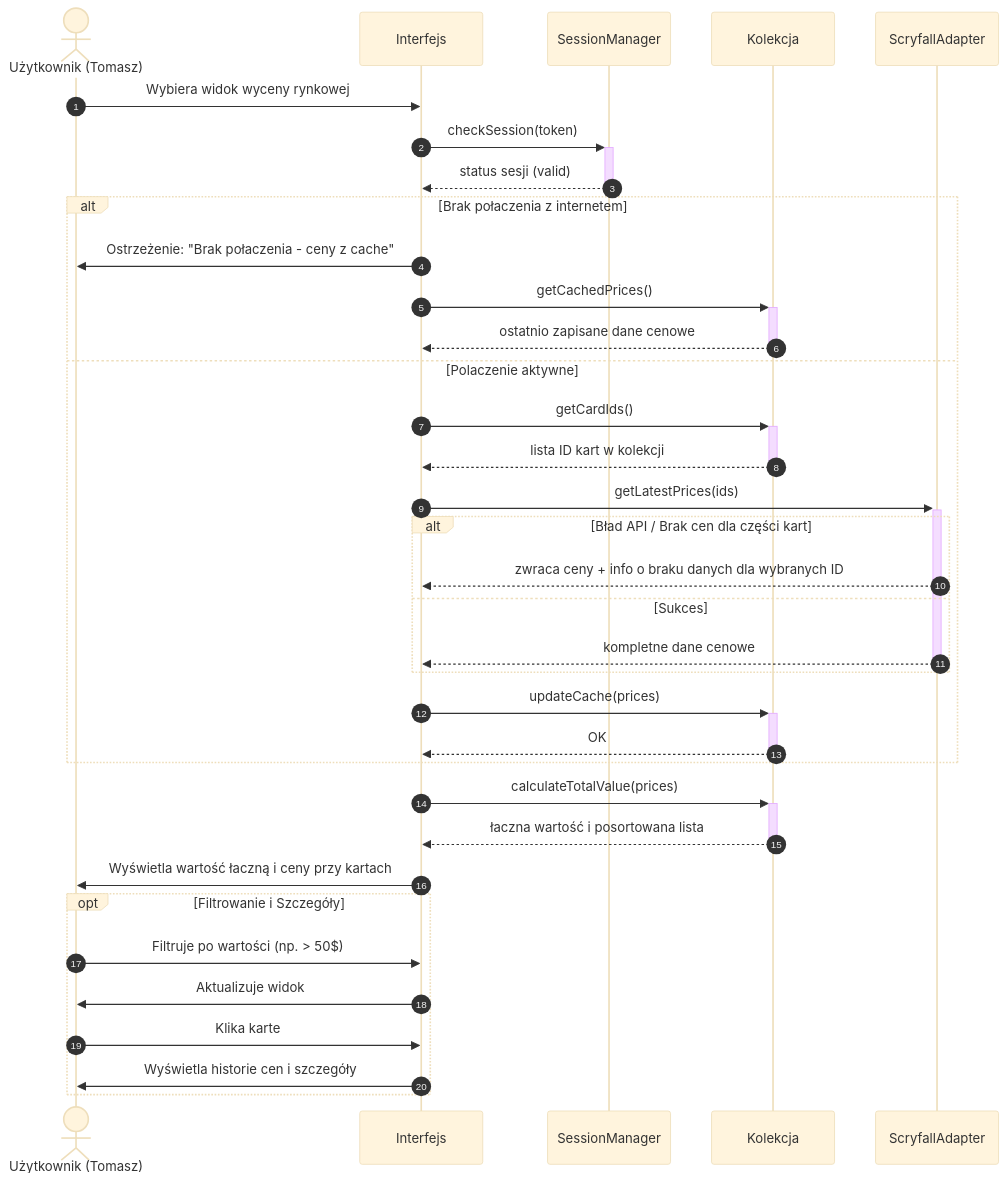
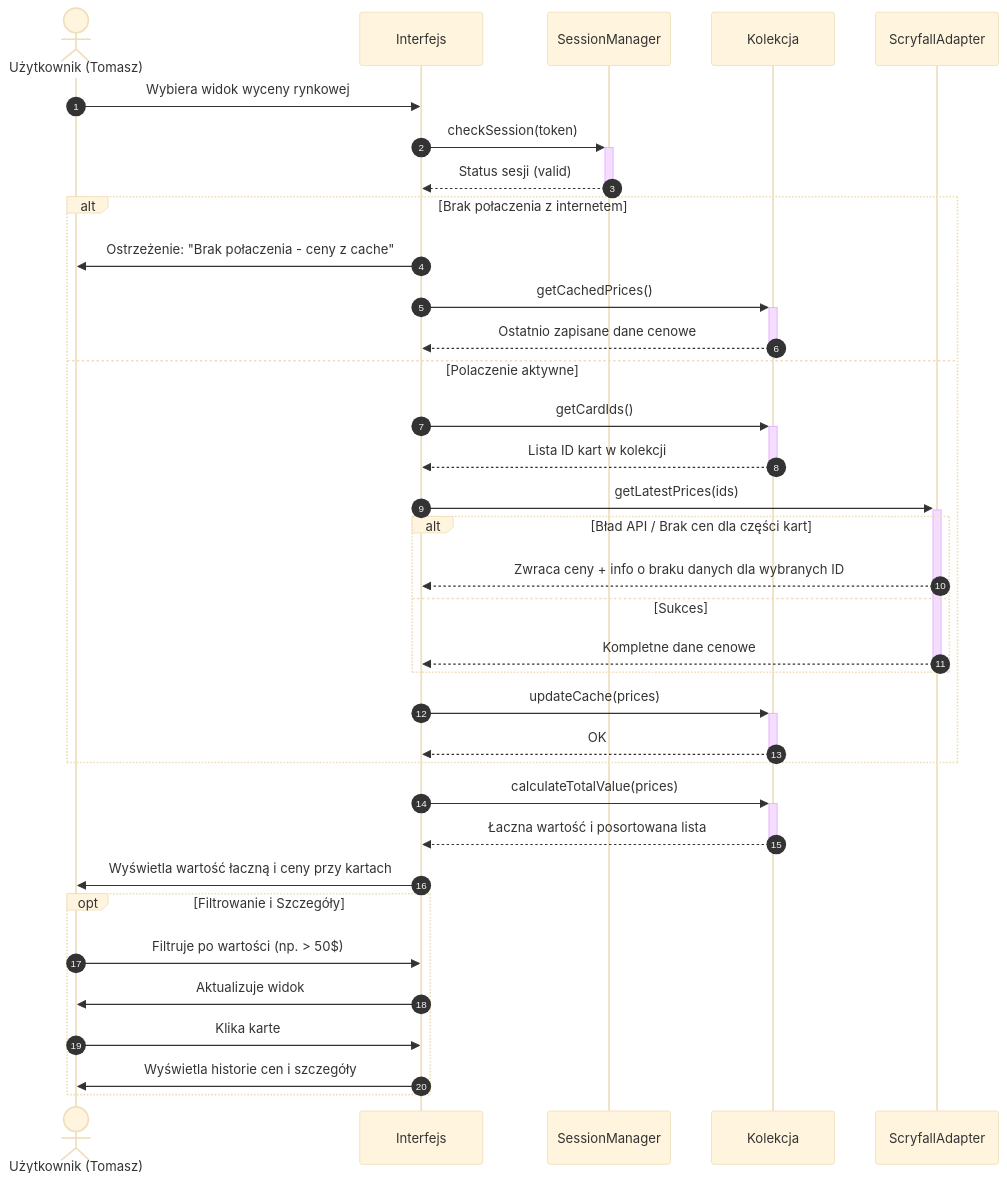
One commit to IO-2026-Pryncypalki/Grimoire_MTG changed the seventh of 7 diagrams in work_in_progress/diagramSekwencji.md. Above: the diagram before and after it, drawn with Mermaid (base theme). The commit also changed other lines of this file and 1 other file, not shown here.

Commit message:
Spójny_opis_sesji_oraz_todo

````diff
--- a/work_in_progress/diagramSekwencji.md
+++ b/work_in_progress/diagramSekwencji.md
@@ -298,46 +298,46 @@
 ```mermaid
 sequenceDiagram
     autonumber
     actor U as Użytkownik (Tomasz)
     participant UI as Interfejs
     participant SM as SessionManager
     participant COL as Kolekcja
     participant SA as ScryfallAdapter
 
     U->>UI: Wybiera widok wyceny rynkowej
 
     UI->>+SM: checkSession(token)
-    SM-->>-UI: status sesji (valid)
+    SM-->>-UI: Status sesji (valid)
 
     alt Brak połaczenia z internetem
         UI->>U: Ostrzeżenie: "Brak połaczenia - ceny z cache"
         UI->>+COL: getCachedPrices()
-        COL-->>-UI: ostatnio zapisane dane cenowe
+        COL-->>-UI: Ostatnio zapisane dane cenowe
     else Polaczenie aktywne
         UI->>+COL: getCardIds()
-        COL-->>-UI: lista ID kart w kolekcji
+        COL-->>-UI: Lista ID kart w kolekcji
 
         UI->>+SA: getLatestPrices(ids)
 
         alt Bład API / Brak cen dla części kart
-            SA-->>UI: zwraca ceny + info o braku danych dla wybranych ID
+            SA-->>UI: Zwraca ceny + info o braku danych dla wybranych ID
         else Sukces
-            SA-->>-UI: kompletne dane cenowe
+            SA-->>-UI: Kompletne dane cenowe
         end
 
         UI->>+COL: updateCache(prices)
         COL-->>-UI: OK
     end
 
     UI->>+COL: calculateTotalValue(prices)
-    COL-->>-UI: łaczna wartość i posortowana lista
+    COL-->>-UI: Łaczna wartość i posortowana lista
 
     UI->>U: Wyświetla wartość łaczną i ceny przy kartach
 
     opt Filtrowanie i Szczegóły
         U->>UI: Filtruje po wartości (np. > 50$)
         UI->>U: Aktualizuje widok
         U->>UI: Klika karte
         UI->>U: Wyświetla historie cen i szczegóły
     end
 ```
````
